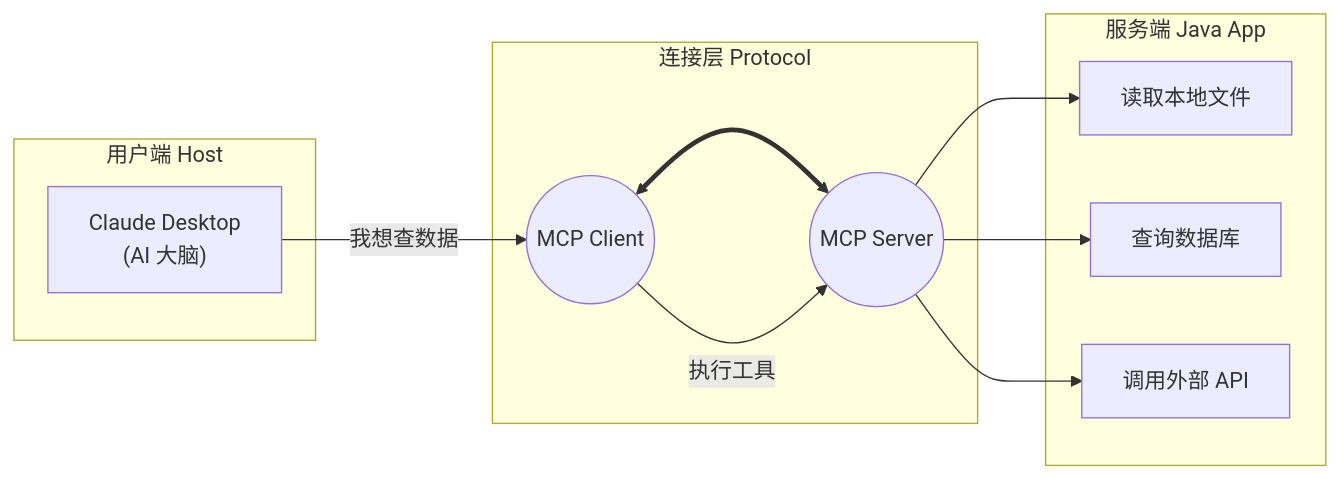
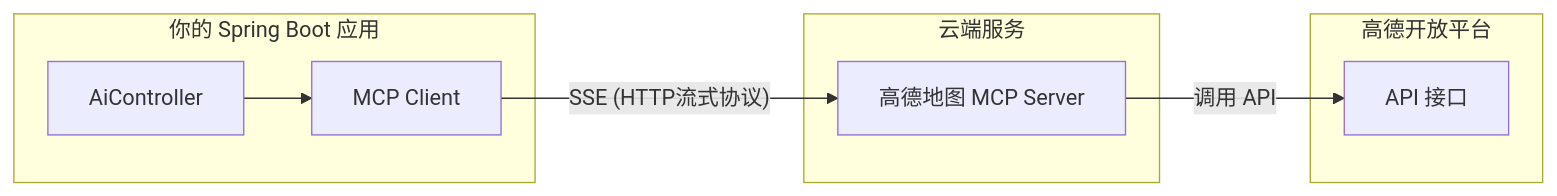
Before and after one commit to dedeguo/javaweb-course-docs: the diagram in docs/chapter05/06-mcp-intro.md, drawn with Mermaid. The commit also changed other lines of this file and 9 other files, not shown here.

````diff
--- a/docs/chapter05/06-mcp-intro.md
+++ b/docs/chapter05/06-mcp-intro.md
@@ -45,20 +47,18 @@
 ```mermaid
 graph LR
-    subgraph Host [用户端 Host]
-        A["Claude Desktop<br/>(AI 大脑)"]
+    subgraph Host [你的 Spring Boot 应用]
+        A[AiController] --> B[MCP Client ]
     end
 
-    subgraph Protocol [连接层 Protocol]
-        B(("MCP Client")) <==> C(("MCP Server"))
+    subgraph Server [ 云端服务]
+        C[高德地图 MCP Server]
+    end
+    
+    subgraph AMap [高德开放平台]
+        D[API 接口]
     end
 
-    subgraph Server [服务端 Java App]
-        C --> D[读取本地文件]
-        C --> E[查询数据库]
-        C --> F[调用外部 API]
-    end
-
-    A -- "我想查数据" --> B
-    B -- "执行工具" --> C
+    B -- "SSE (HTTP流式协议)" --> C
+    C -- "调用 API" --> D
 
 ```
````
